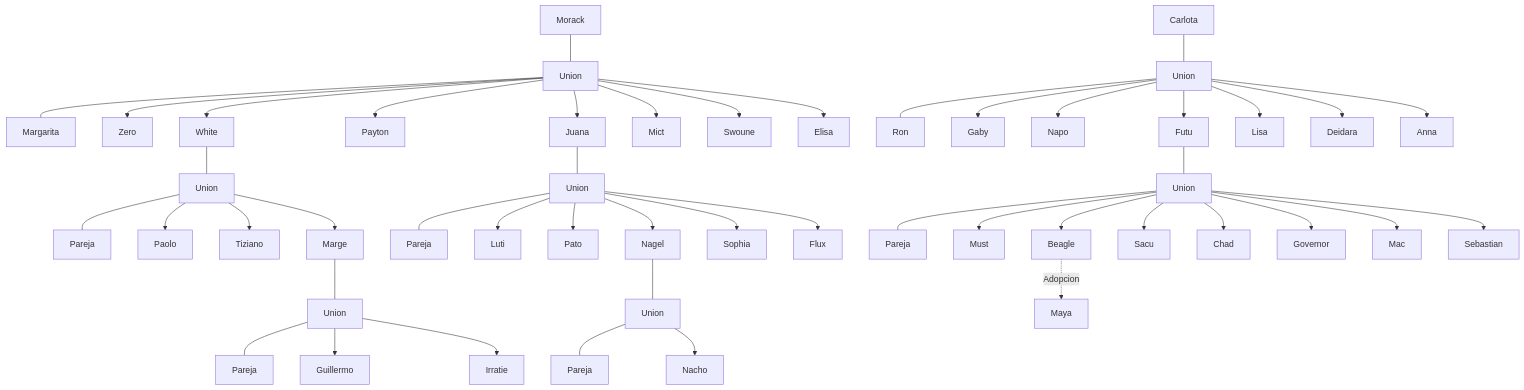
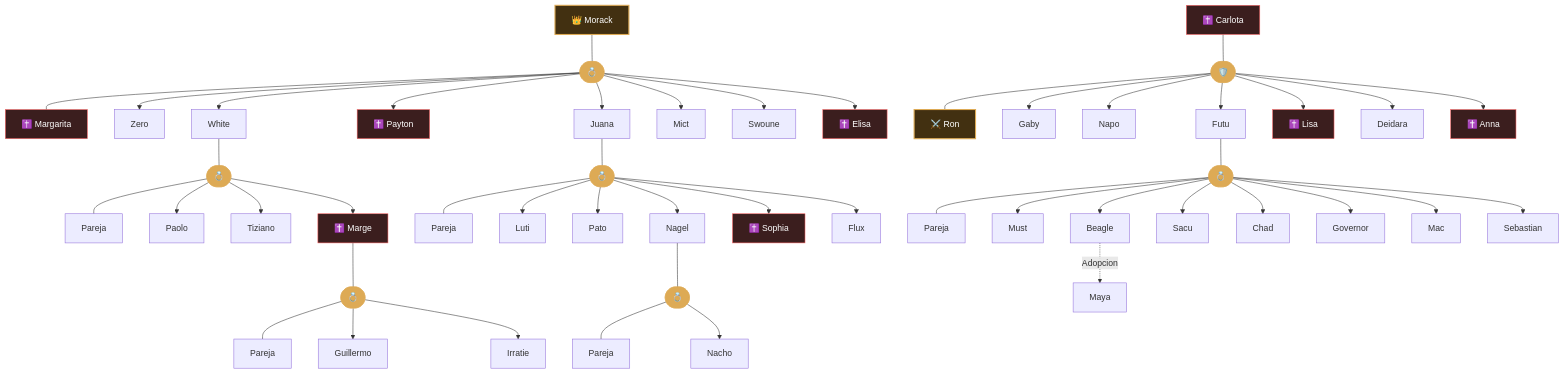
Before and after one commit to mortalpues-pixel/helmreich-wiki: the diagram in content/04_Árbol Genealógico/Árbol Genealógico.md, drawn with Mermaid.

Commit message:
Restore tree styling and husband-wife connections with safe syntax

````diff
--- a/content/04_Árbol Genealógico/Árbol Genealógico.md
+++ b/content/04_Árbol Genealógico/Árbol Genealógico.md
@@ -9,51 +9,59 @@
 ```mermaid
 graph TD
-    Morack[Morack] --- M_Union[Union] --- Margarita[Margarita]
+    classDef dead fill:#3b1e1e,stroke:#f66,stroke-width:1px,color:#fff;
+    classDef gen0 fill:#423011,stroke:#da5,stroke-width:2px,color:#fff;
+    classDef union fill:#da5,stroke:#da5,color:#fff;
+
+    %% --- RAMA PRIMARIA ---
+    Morack["👑 Morack"]:::gen0 --- M_Union(["💍"]):::union
+    M_Union --- Margarita["✝️ Margarita"]:::dead
     
-    M_Union --> Zero[Zero]
-    M_Union --> White[White]
-    M_Union --> Payton[Payton]
-    M_Union --> Juana[Juana]
-    M_Union --> Mict[Mict]
-    M_Union --> Swoune[Swoune]
-    M_Union --> Elisa[Elisa]
+    M_Union --> Zero["Zero"]
+    M_Union --> White["White"]
+    M_Union --> Payton["✝️ Payton"]:::dead
+    M_Union --> Juana["Juana"]
+    M_Union --> Mict["Mict"]
+    M_Union --> Swoune["Swoune"]
+    M_Union --> Elisa["✝️ Elisa"]:::dead
 
-    White --- W_Union[Union] --- W_Spouse[Pareja]
-    W_Union --> Paolo[Paolo]
-    W_Union --> Tiziano[Tiziano]
-    W_Union --> Marge[Marge]
+    White --- W_Union(["💍"]):::union --- W_Spouse["Pareja"]
+    W_Union --> Paolo["Paolo"]
+    W_Union --> Tiziano["Tiziano"]
+    W_Union --> Marge["✝️ Marge"]:::dead
 
-    Marge --- Ma_Union[Union] --- Ma_Spouse[Pareja]
-    Ma_Union --> Guillermo[Guillermo]
-    Ma_Union --> Irratie[Irratie]
+    Marge --- Ma_Union(["💍"]):::union --- Ma_Spouse["Pareja"]
+    Ma_Union --> Guillermo["Guillermo"]
+    Ma_Union --> Irratie["Irratie"]
 
-    Juana --- J_Union[Union] --- J_Spouse[Pareja]
-    J_Union --> Luti[Luti]
-    J_Union --> Pato[Pato]
-    J_Union --> Nagel[Nagel]
-    J_Union --> Sophia[Sophia]
-    J_Union --> Flux[Flux]
+    Juana --- J_Union(["💍"]):::union --- J_Spouse["Pareja"]
+    J_Union --> Luti["Luti"]
+    J_Union --> Pato["Pato"]
+    J_Union --> Nagel["Nagel"]
+    J_Union --> Sophia["✝️ Sophia"]:::dead
+    J_Union --> Flux["Flux"]
 
-    Nagel --- N_Union[Union] --- N_Spouse[Pareja]
-    N_Union --> Nacho[Nacho]
+    Nagel --- N_Union(["💍"]):::union --- N_Spouse["Pareja"]
+    N_Union --> Nacho["Nacho"]
 
-    Carlota[Carlota] --- C_Union[Union] --- Ron[Ron]
+    %% --- RAMA SECUNDARIA ---
+    Carlota["✝️ Carlota"]:::dead --- C_Union(["🛡️"]):::union
+    C_Union --- Ron["⚔️ Ron"]:::gen0
 
-    C_Union --> Gaby[Gaby]
-    C_Union --> Napo[Napo]
-    C_Union --> Futu[Futu]
-    C_Union --> Lisa[Lisa]
-    C_Union --> Deidara[Deidara]
-    C_Union --> Anna[Anna]
+    C_Union --> Gaby["Gaby"]
+    C_Union --> Napo["Napo"]
+    C_Union --> Futu["Futu"]
+    C_Union --> Lisa["✝️ Lisa"]:::dead
+    C_Union --> Deidara["Deidara"]
+    C_Union --> Anna["✝️ Anna"]:::dead
 
-    Futu --- F_Union[Union] --- F_Spouse[Pareja]
-    F_Union --> Must[Must]
-    F_Union --> Beagle[Beagle]
-    F_Union --> Sacu[Sacu]
-    F_Union --> Chad[Chad]
-    F_Union --> Governor[Governor]
-    F_Union --> Mac[Mac]
-    F_Union --> Sebastian[Sebastian]
+    Futu --- F_Union(["💍"]):::union --- F_Spouse["Pareja"]
+    F_Union --> Must["Must"]
+    F_Union --> Beagle["Beagle"]
+    F_Union --> Sacu["Sacu"]
+    F_Union --> Chad["Chad"]
+    F_Union --> Governor["Governor"]
+    F_Union --> Mac["Mac"]
+    F_Union --> Sebastian["Sebastian"]
 
-    Beagle -. Adopcion .-> Maya[Maya]
+    Beagle -. Adopcion .-> Maya["Maya"]
 ```
````
